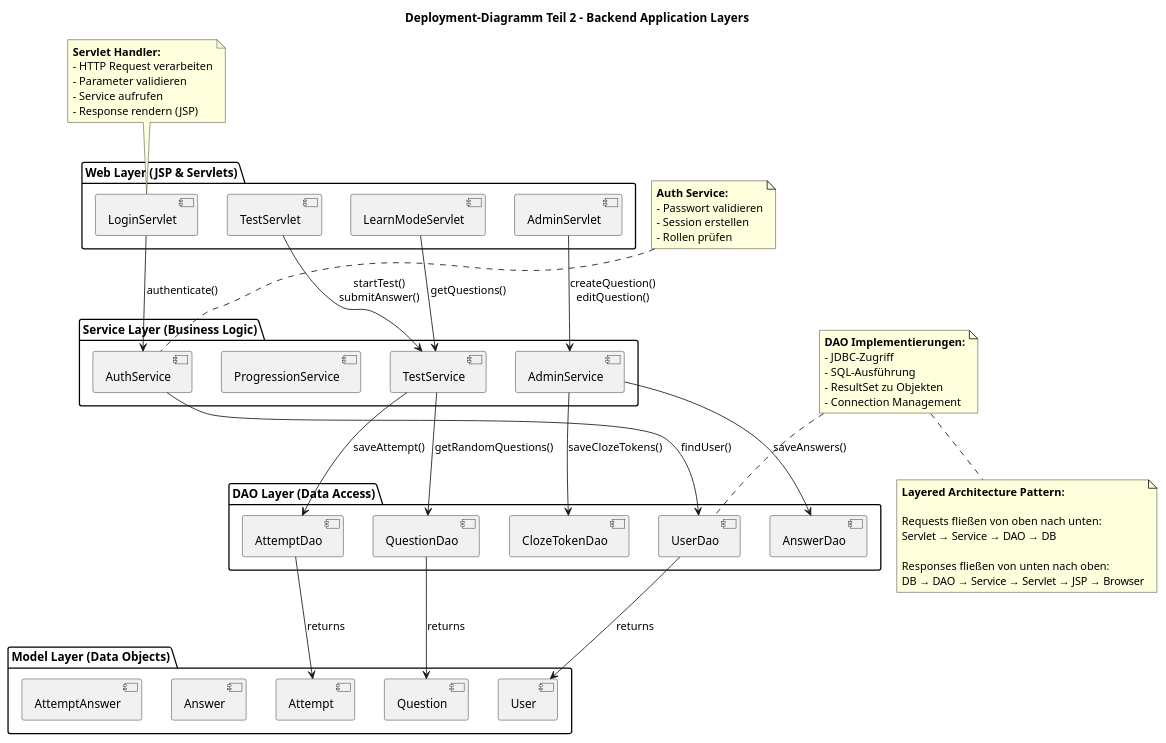
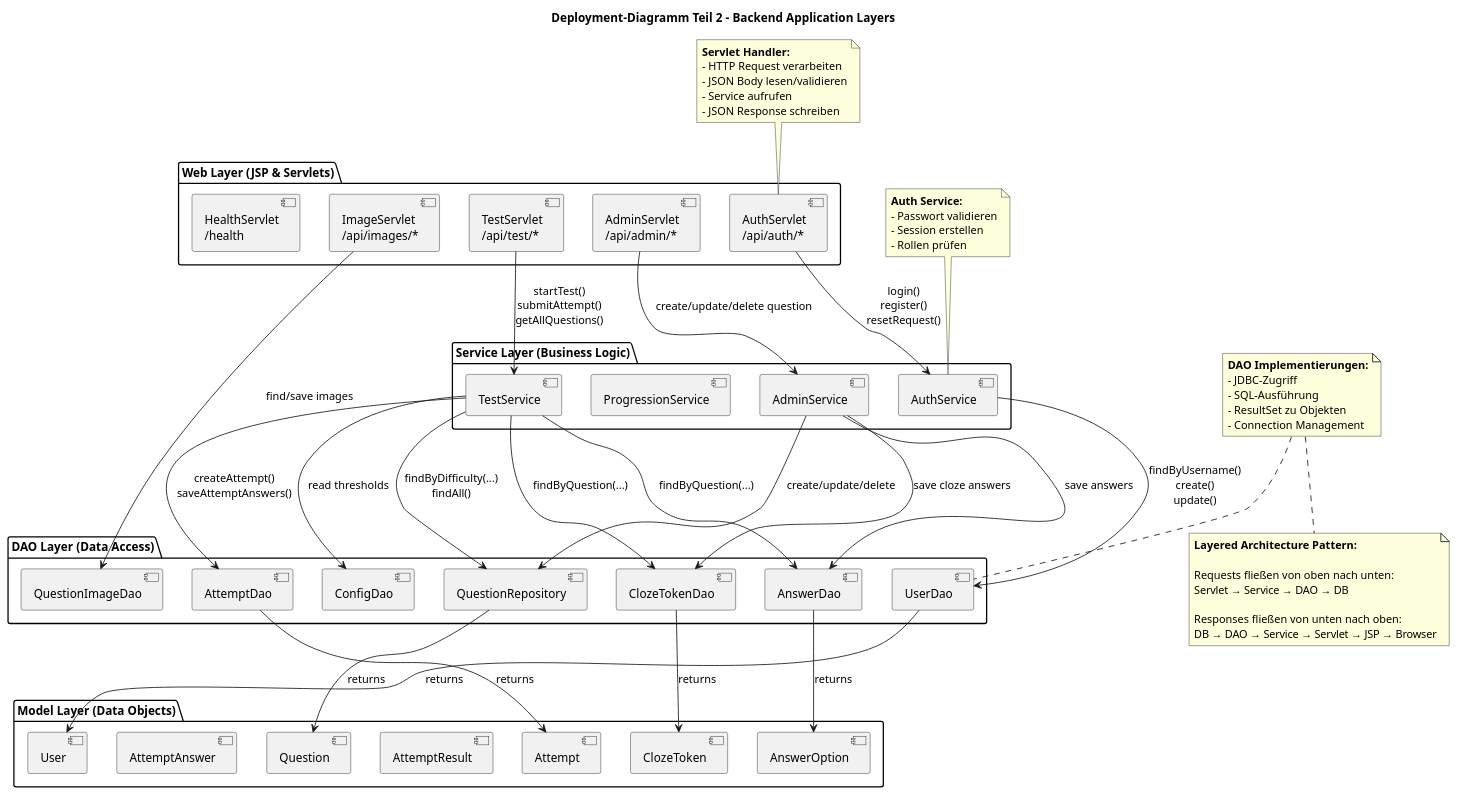
Before and after one commit to FrediFrech/projekt-wissenstest: the diagram in PlantUML_Deployment_02_BackendLayers.puml, drawn with PlantUML. The commit also changed 773 other files, not shown here.

Commit message:
uml diagramme gefixt und verkleinert auf max basis

```diff
--- a/PlantUML_Deployment_02_BackendLayers.puml
+++ b/PlantUML_Deployment_02_BackendLayers.puml
@@ -1,84 +1,95 @@
 @startuml Deployment_02_BackendLayers
 
 title Deployment-Diagramm Teil 2 - Backend Application Layers
 
 package "Web Layer (JSP & Servlets)" {
-    component "LoginServlet" as LOGIN
-    component "TestServlet" as TEST
-    component "AdminServlet" as ADMIN
-    component "LearnModeServlet" as LEARN
+  component "AuthServlet\n/api/auth/*" as AUTH_SRVLT
+  component "TestServlet\n/api/test/*" as TEST
+  component "AdminServlet\n/api/admin/*" as ADMIN
+  component "ImageServlet\n/api/images/*" as IMAGES
+  component "HealthServlet\n/health" as HEALTH
 }
 
 package "Service Layer (Business Logic)" {
     component "AuthService" as AUTH
     component "TestService" as TEST_SVC
     component "ProgressionService" as PROG
     component "AdminService" as ADMIN_SVC
 }
 
 package "DAO Layer (Data Access)" {
     component "UserDao" as USER_DAO
-    component "QuestionDao" as QUESTION_DAO
+  component "QuestionRepository" as QUESTION_REPO
     component "AttemptDao" as ATTEMPT_DAO
     component "AnswerDao" as ANSWER_DAO
     component "ClozeTokenDao" as CLOZE_DAO
+  component "ConfigDao" as CONFIG_DAO
+  component "QuestionImageDao" as IMAGE_DAO
 }
 
 package "Model Layer (Data Objects)" {
     component "User" as USER_MODEL
     component "Question" as QUESTION_MODEL
     component "Attempt" as ATTEMPT_MODEL
-    component "Answer" as ANSWER_MODEL
+  component "AttemptResult" as ATTEMPT_RESULT_MODEL
+  component "AnswerOption" as ANSWER_MODEL
     component "AttemptAnswer" as ATTEMPT_ANSWER_MODEL
+  component "ClozeToken" as CLOZE_MODEL
 }
 
 ' Verbindungen
-LOGIN --> AUTH : "authenticate()"
-TEST --> TEST_SVC : "startTest()\nsubmitAnswer()"
-ADMIN --> ADMIN_SVC : "createQuestion()\neditQuestion()"
-LEARN --> TEST_SVC : "getQuestions()"
+AUTH_SRVLT --> AUTH : "login()\nregister()\nresetRequest()"
+TEST --> TEST_SVC : "startTest()\nsubmitAttempt()\ngetAllQuestions()"
+ADMIN --> ADMIN_SVC : "create/update/delete question"
+IMAGES --> IMAGE_DAO : "find/save images"
 
-AUTH --> USER_DAO : "findUser()"
-TEST_SVC --> QUESTION_DAO : "getRandomQuestions()"
-TEST_SVC --> ATTEMPT_DAO : "saveAttempt()"
-ADMIN_SVC --> ANSWER_DAO : "saveAnswers()"
-ADMIN_SVC --> CLOZE_DAO : "saveClozeTokens()"
+AUTH --> USER_DAO : "findByUsername()\ncreate()\nupdate()"
+TEST_SVC --> QUESTION_REPO : "findByDifficulty(...)\nfindAll()"
+TEST_SVC --> ANSWER_DAO : "findByQuestion(...)"
+TEST_SVC --> CLOZE_DAO : "findByQuestion(...)"
+TEST_SVC --> ATTEMPT_DAO : "createAttempt()\nsaveAttemptAnswers()"
+TEST_SVC --> CONFIG_DAO : "read thresholds"
+ADMIN_SVC --> QUESTION_REPO : "create/update/delete"
+ADMIN_SVC --> ANSWER_DAO : "save answers"
+ADMIN_SVC --> CLOZE_DAO : "save cloze answers"
 
 USER_DAO --> USER_MODEL : "returns"
-QUESTION_DAO --> QUESTION_MODEL : "returns"
+QUESTION_REPO --> QUESTION_MODEL : "returns"
 ATTEMPT_DAO --> ATTEMPT_MODEL : "returns"
+ANSWER_DAO --> ANSWER_MODEL : "returns"
+CLOZE_DAO --> CLOZE_MODEL : "returns"
 
-note top of LOGIN
+note top of AUTH_SRVLT
   **Servlet Handler:**
   - HTTP Request verarbeiten
-  - Parameter validieren
+  - JSON Body lesen/validieren
   - Service aufrufen
-  - Response rendern (JSP)
+  - JSON Response schreiben
 end note
 
 note top of AUTH
   **Auth Service:**
   - Passwort validieren
   - Session erstellen
   - Rollen prüfen
 end note
 
 note top of USER_DAO
   **DAO Implementierungen:**
   - JDBC-Zugriff
   - SQL-Ausführung
   - ResultSet zu Objekten
   - Connection Management
 end note
 
 note bottom
   **Layered Architecture Pattern:**
   
   Requests fließen von oben nach unten:
   Servlet → Service → DAO → DB
   
   Responses fließen von unten nach oben:
   DB → DAO → Service → Servlet → JSP → Browser
 end note
 
 @enduml
```
